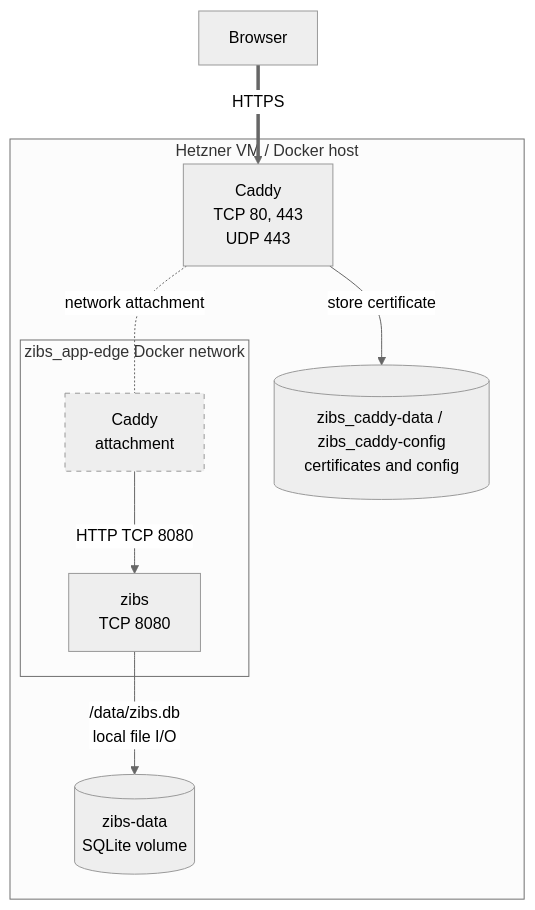
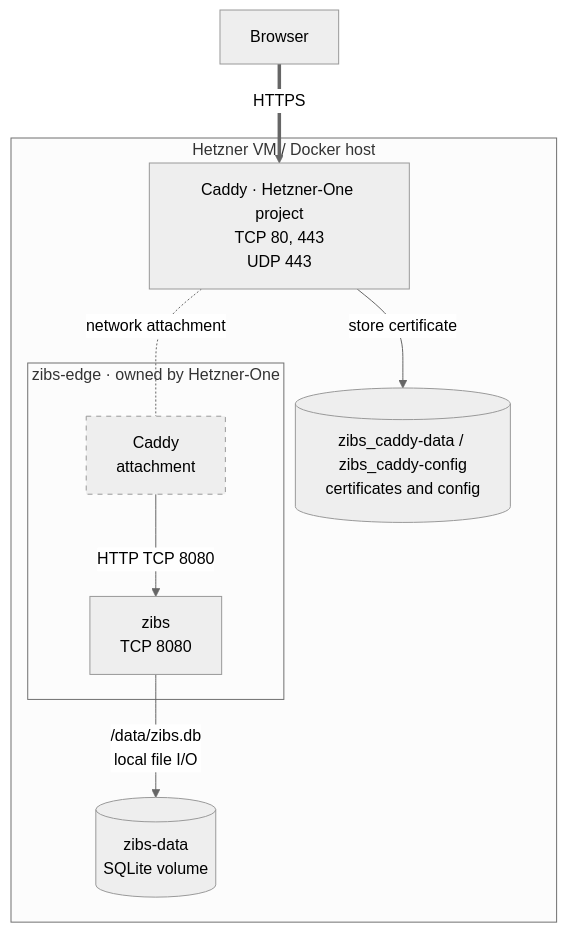
Before and after one commit to dvinubius/zibs: the diagram in docs/deployment-architecture.md, drawn with Mermaid (neutral theme). The commit also changed other lines of this file and 8 other files, not shown here.

Commit message:
Move zibs edge network ownership to shared infrastructure

````diff
--- a/docs/deployment-architecture.md
+++ b/docs/deployment-architecture.md
@@ -9,23 +9,23 @@
 ```mermaid
 flowchart TB
     browser[Browser]
 
     subgraph host[Hetzner VM / Docker host]
         caddyData[(zibs_caddy-data / zibs_caddy-config<br/>certificates and config)]
-        subgraph edge[zibs_app-edge Docker network]
+        subgraph edge[zibs-edge · owned by Hetzner-One]
             caddyAppEdge[Caddy<br/>attachment]
             zibs[zibs<br/>TCP 8080]
         end
         zibsData[(zibs-data<br/>SQLite volume)]
-        caddy[Caddy<br/>TCP 80, 443<br/>UDP 443]
+        caddy[Caddy · Hetzner-One project<br/>TCP 80, 443<br/>UDP 443]
     end
 
     browser ==>|HTTPS| caddy
     caddy -.-|network attachment| caddyAppEdge
     caddyAppEdge -->|HTTP TCP 8080| zibs
     zibs -->|/data/zibs.db<br/>local file I/O| zibsData
     caddy -->|store certificate| caddyData
 
     classDef networkAttachment stroke-dasharray: 5 5;
     class caddyAppEdge networkAttachment;
 ```
````
